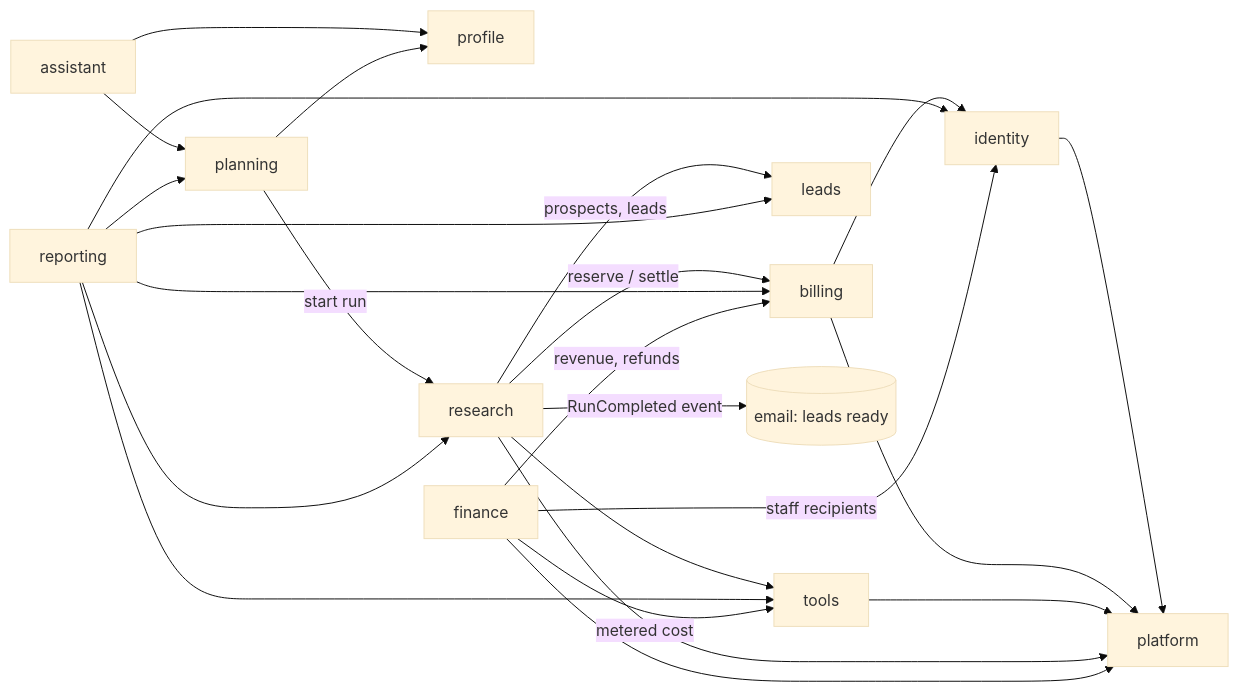
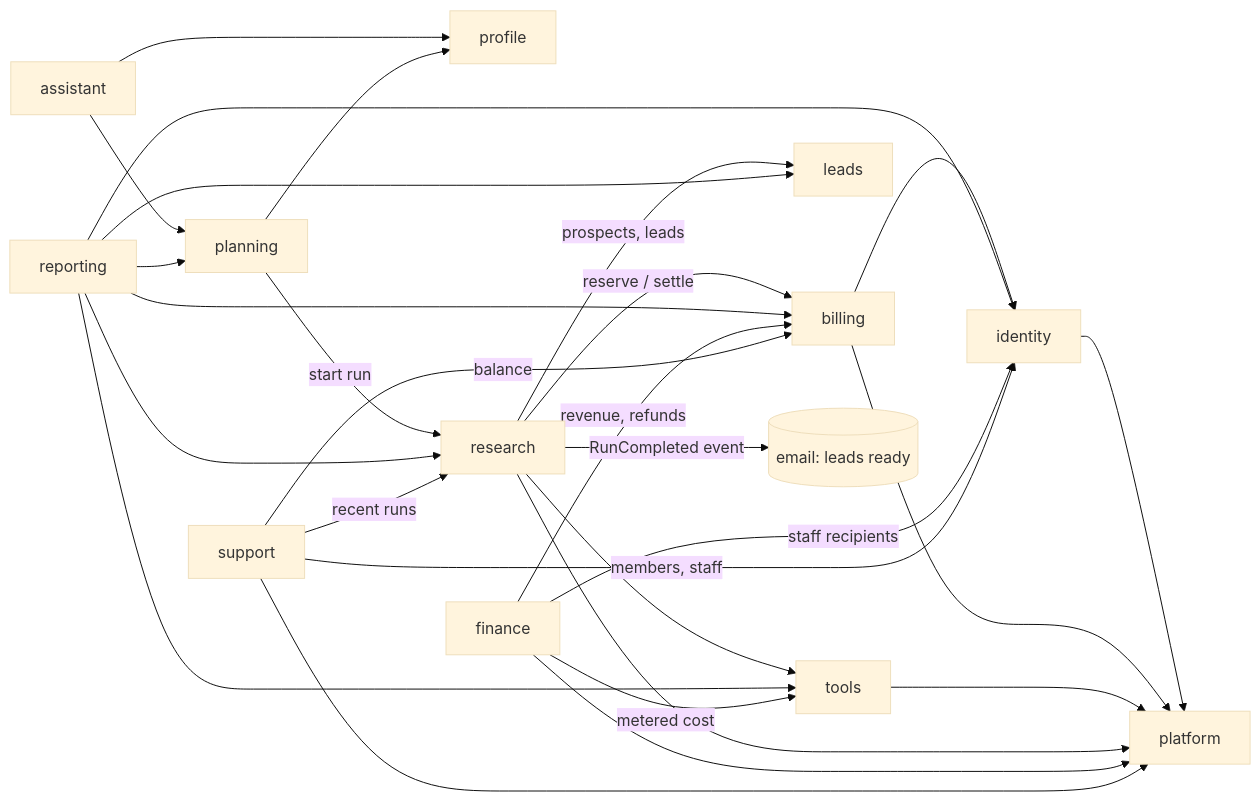
The diagram in docs/architecture/context-map.md (sbarbosa115/viper), drawn with Mermaid (base theme) before and after one commit. The commit also changed other lines of this file and 5 other files, not shown here.

````diff
--- a/docs/architecture/context-map.md
+++ b/docs/architecture/context-map.md
@@ -19,19 +20,23 @@
 ```mermaid
 flowchart LR
   identity
   assistant --> profile
   assistant --> planning
   planning --> profile
   planning -- start run --> research
   research --> tools
   research -- prospects, leads --> leads
   research -- reserve / settle --> billing
   billing --> identity
   research -- RunCompleted event --> notify[(email: leads ready)]
   identity & billing & tools & research --> platform
   reporting --> identity & billing & planning & research & tools & leads
   finance -- revenue, refunds --> billing
   finance -- metered cost --> tools
   finance -- staff recipients --> identity
   finance --> platform
+  support -- members, staff --> identity
+  support -- recent runs --> research
+  support -- balance --> billing
+  support --> platform
 ```
````
